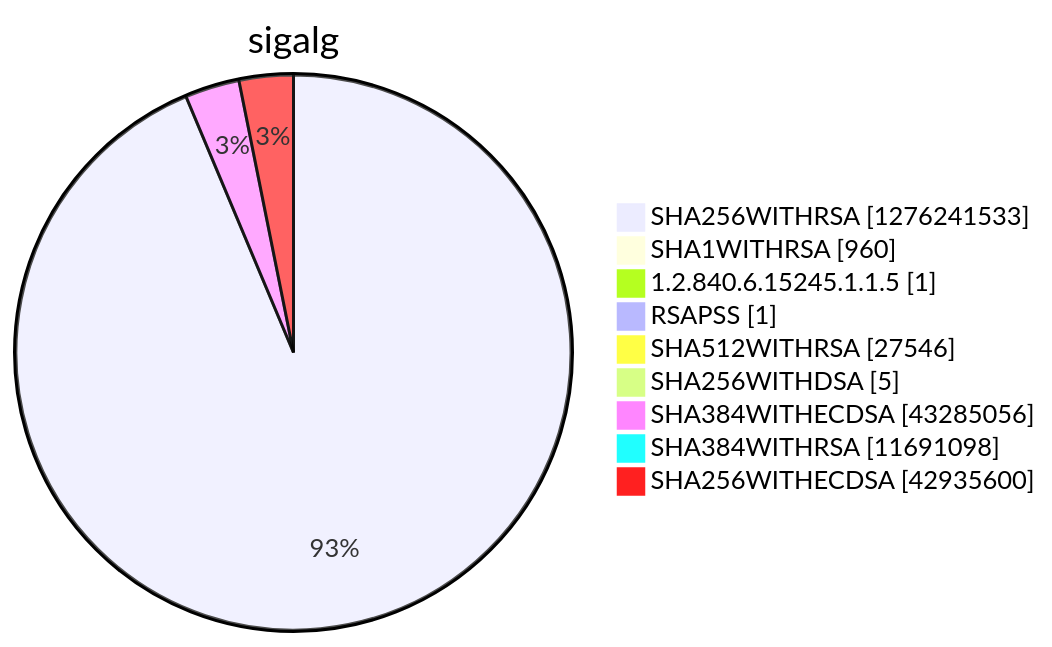
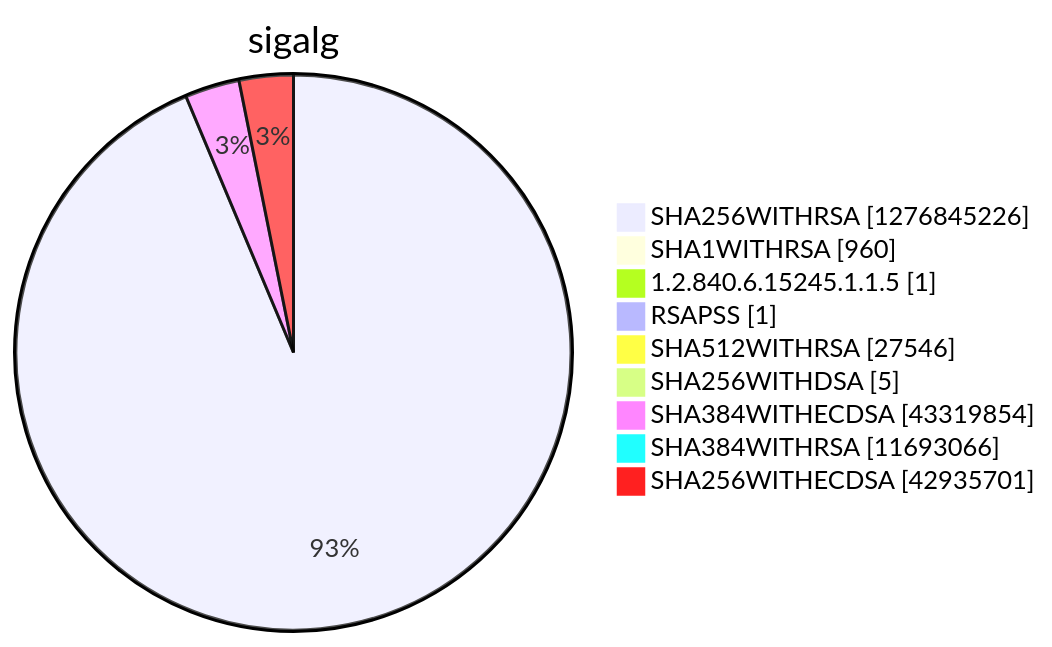
Diagram 15 of 15 in argon2022/README.md (christiankrug/ctmonitor_visualization), drawn with Mermaid before and after one commit. The commit also changed other lines of this file, not shown here.

````diff
--- a/argon2022/README.md
+++ b/argon2022/README.md
@@ -5522,13 +5522,13 @@
 ```mermaid
 pie showData
 title sigalg
-"SHA256WITHRSA" :1276241533
+"SHA256WITHRSA" :1276845226
 "SHA1WITHRSA" :960
 "1.2.840.6.15245.1.1.5" :1
 "RSAPSS" :1
 "SHA512WITHRSA" :27546
 "SHA256WITHDSA" :5
-"SHA384WITHECDSA" :43285056
-"SHA384WITHRSA" :11691098
-"SHA256WITHECDSA" :42935600
+"SHA384WITHECDSA" :43319854
+"SHA384WITHRSA" :11693066
+"SHA256WITHECDSA" :42935701
 ```
````
